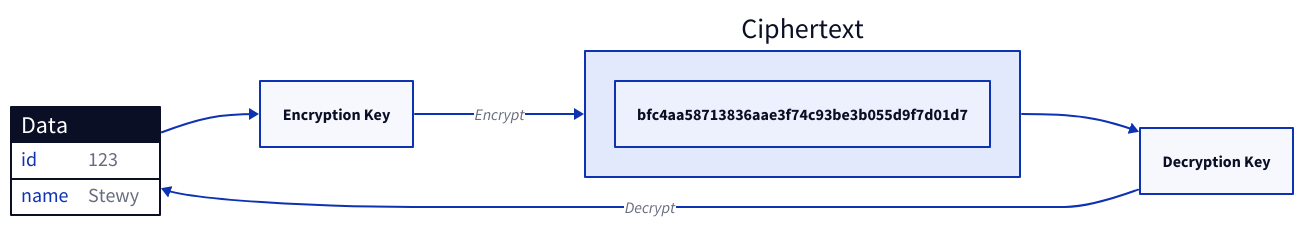
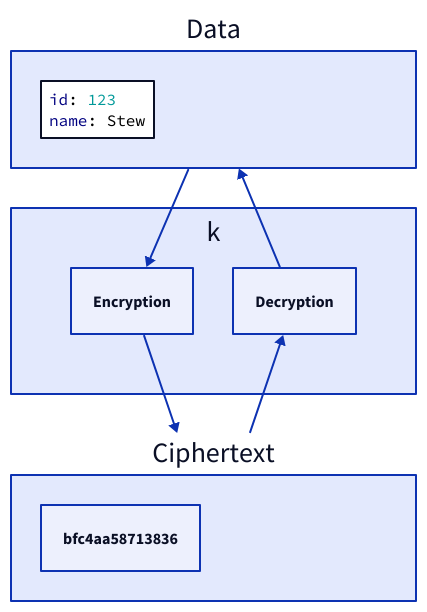
The third of 11 diagrams in content/docs/system-administration/system-protection/data-security.md (link1905/system-design-101), drawn with D2 before and after one commit. The commit also changed other lines of this file and 4 other files, not shown here.

````diff
--- a/content/docs/system-administration/system-protection/data-security.md
+++ b/content/docs/system-administration/system-protection/data-security.md
@@ -296,26 +311,26 @@
 ```d2
-direction: right
-
+grid-columns: 1
 d: Data {
-    shape: sql_table
-    id: "123"
-    name: "Stewy"
+  c: |||yaml
+  id: 123
+  name: Stew
+  |||
 }
-
-k1: Encryption Key {
-    class: key
+k {
+  class: none
+  grid-rows: 1
+  k1: Encryption {
+      class: pub-key
+  }
+  k2: Decryption {
+      class: pub-key
+  }
 }
-
-k2: Decryption Key {
-    class: key
+c: Ciphertext {
+  bfc4aa58713836
 }
-
-c: Ciphertext {
-    bfc4aa58713836aae3f74c93be3b055d9f7d01d7
-}
-
-d -> k1
-k1 -> c: Encrypt
-c -> k2
-k2 -> d: Decrypt
+d -> k.k1
+k.k1 -> c
+c -> k.k2
+k.k2 -> d
 ```
````
